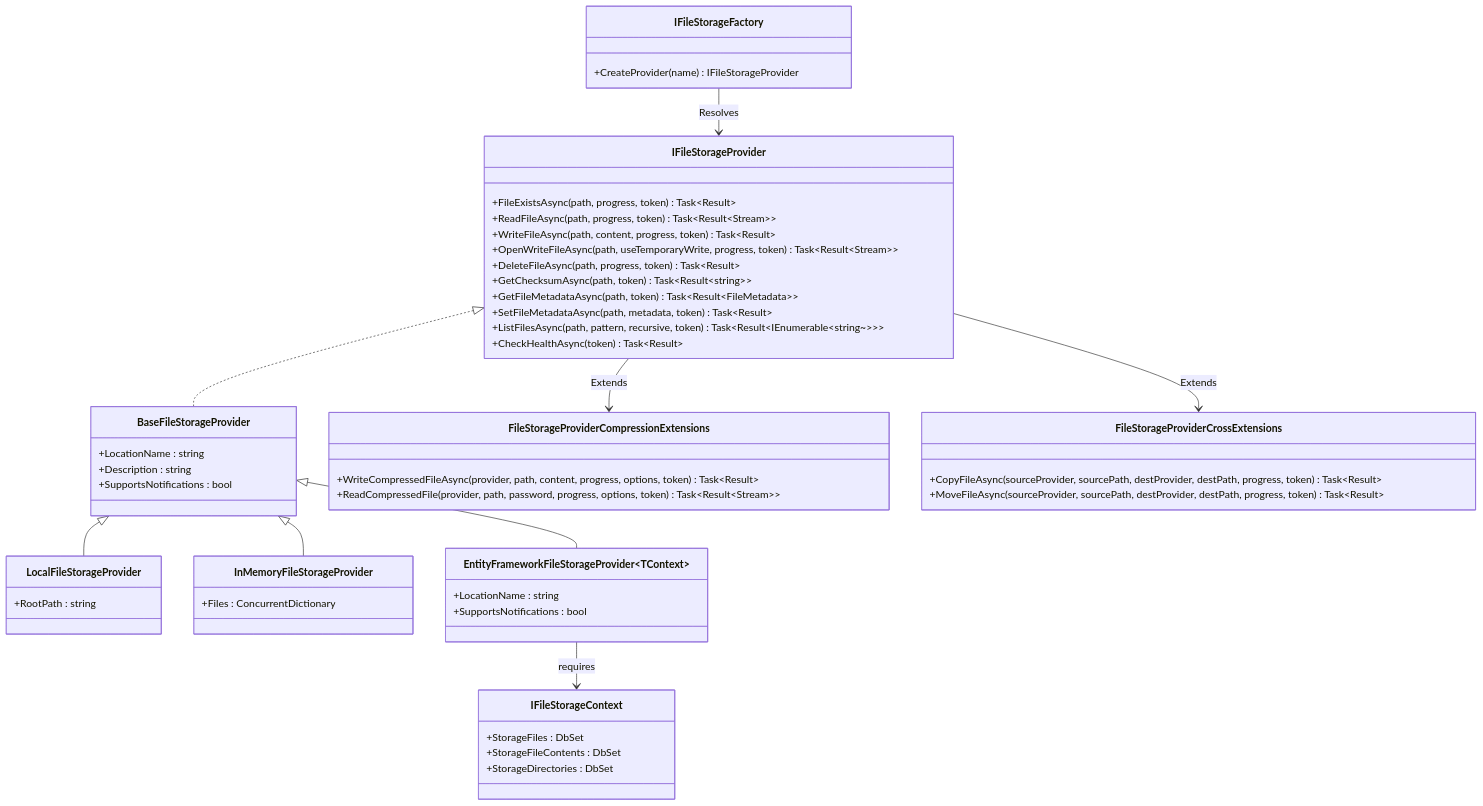
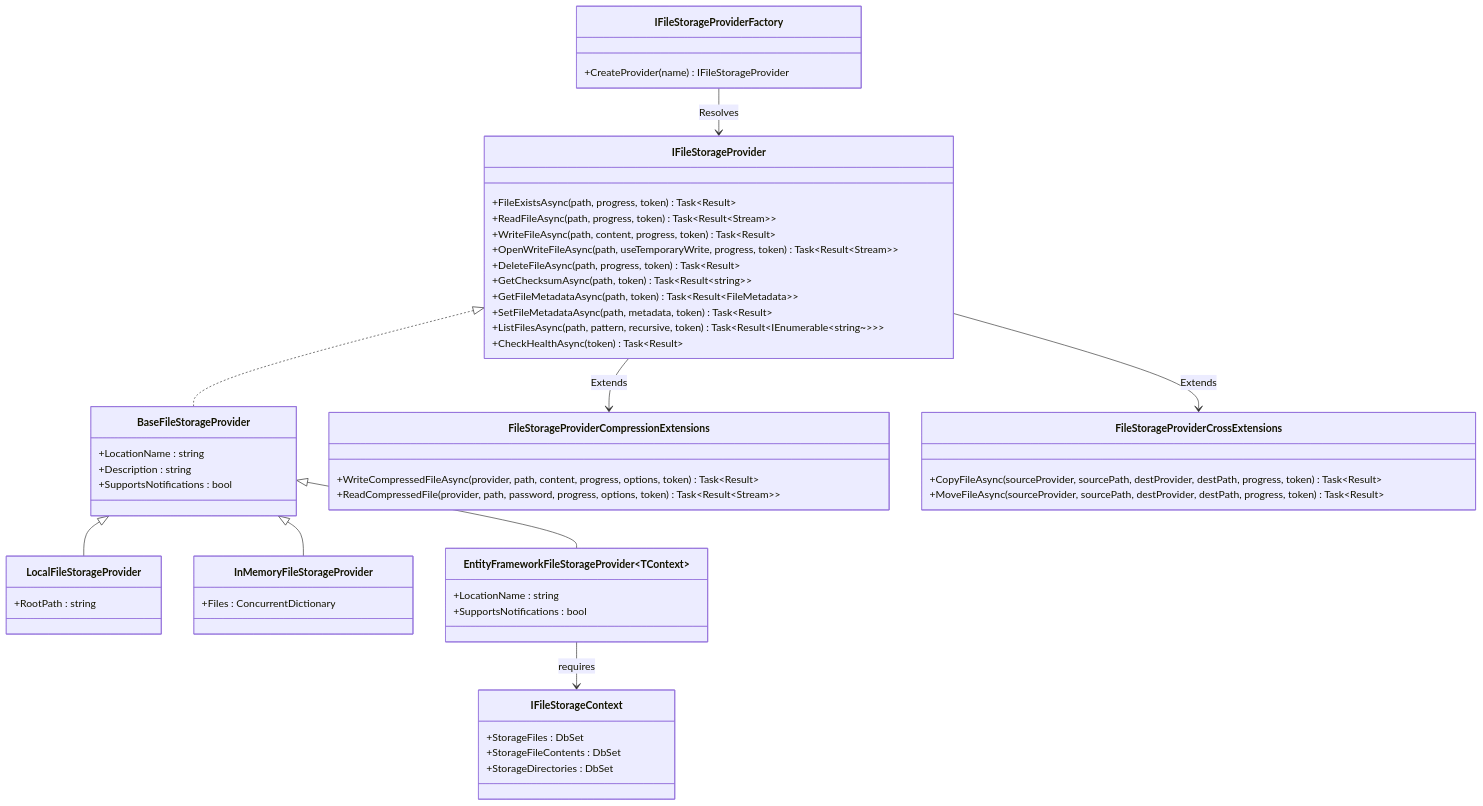
Before and after one commit to BridgingIT-GmbH/bITdevKit: the first of 2 diagrams in docs/features-storage-files.md, drawn with Mermaid. The commit also changed other lines of this file and 40 other files, not shown here.

Commit message:
feat(filestorage): add new entityframework provider for FileStorage

````diff
--- a/docs/features-storage-files.md
+++ b/docs/features-storage-files.md
@@ -26,63 +26,63 @@
 ```mermaid
 classDiagram
     class IFileStorageProvider {
         +FileExistsAsync(path, progress, token) Task~Result~
         +ReadFileAsync(path, progress, token) Task~Result~Stream~~
         +WriteFileAsync(path, content, progress, token) Task~Result~
         +OpenWriteFileAsync(path, useTemporaryWrite, progress, token) Task~Result~Stream~~
         +DeleteFileAsync(path, progress, token) Task~Result~
         +GetChecksumAsync(path, token) Task~Result~string~~
         +GetFileMetadataAsync(path, token) Task~Result~FileMetadata~~
         +SetFileMetadataAsync(path, metadata, token) Task~Result~
         +ListFilesAsync(path, pattern, recursive, token) Task~Result~IEnumerable~string~~~~
         +CheckHealthAsync(token) Task~Result~
     }
 
-    class IFileStorageFactory {
+    class IFileStorageProviderFactory {
         +CreateProvider(name) IFileStorageProvider
     }
 
     class BaseFileStorageProvider {
         +LocationName : string
         +Description : string
         +SupportsNotifications : bool
     }
 
     class LocalFileStorageProvider {
         +RootPath : string
     }
 
     class InMemoryFileStorageProvider {
         +Files : ConcurrentDictionary
     }
 
     class EntityFrameworkFileStorageProvider~TContext~ {
         +LocationName : string
         +SupportsNotifications : bool
     }
 
     class IFileStorageContext {
         +StorageFiles : DbSet
         +StorageFileContents : DbSet
         +StorageDirectories : DbSet
     }
 
     class FileStorageProviderCompressionExtensions {
         +WriteCompressedFileAsync(provider, path, content, progress, options, token) Task~Result~
         +ReadCompressedFile(provider, path, password, progress, options, token) Task~Result~Stream~~
     }
 
     class FileStorageProviderCrossExtensions {
         +CopyFileAsync(sourceProvider, sourcePath, destProvider, destPath, progress, token) Task~Result~
         +MoveFileAsync(sourceProvider, sourcePath, destProvider, destPath, progress, token) Task~Result~
     }
 
     IFileStorageProvider <|.. BaseFileStorageProvider
     BaseFileStorageProvider <|-- LocalFileStorageProvider
     BaseFileStorageProvider <|-- InMemoryFileStorageProvider
     BaseFileStorageProvider <|-- EntityFrameworkFileStorageProvider~TContext~
     EntityFrameworkFileStorageProvider~TContext~ --> IFileStorageContext : requires
     IFileStorageProvider --> FileStorageProviderCompressionExtensions : Extends
     IFileStorageProvider --> FileStorageProviderCrossExtensions : Extends
-    IFileStorageFactory --> IFileStorageProvider : Resolves
+    IFileStorageProviderFactory --> IFileStorageProvider : Resolves
 ```
````
